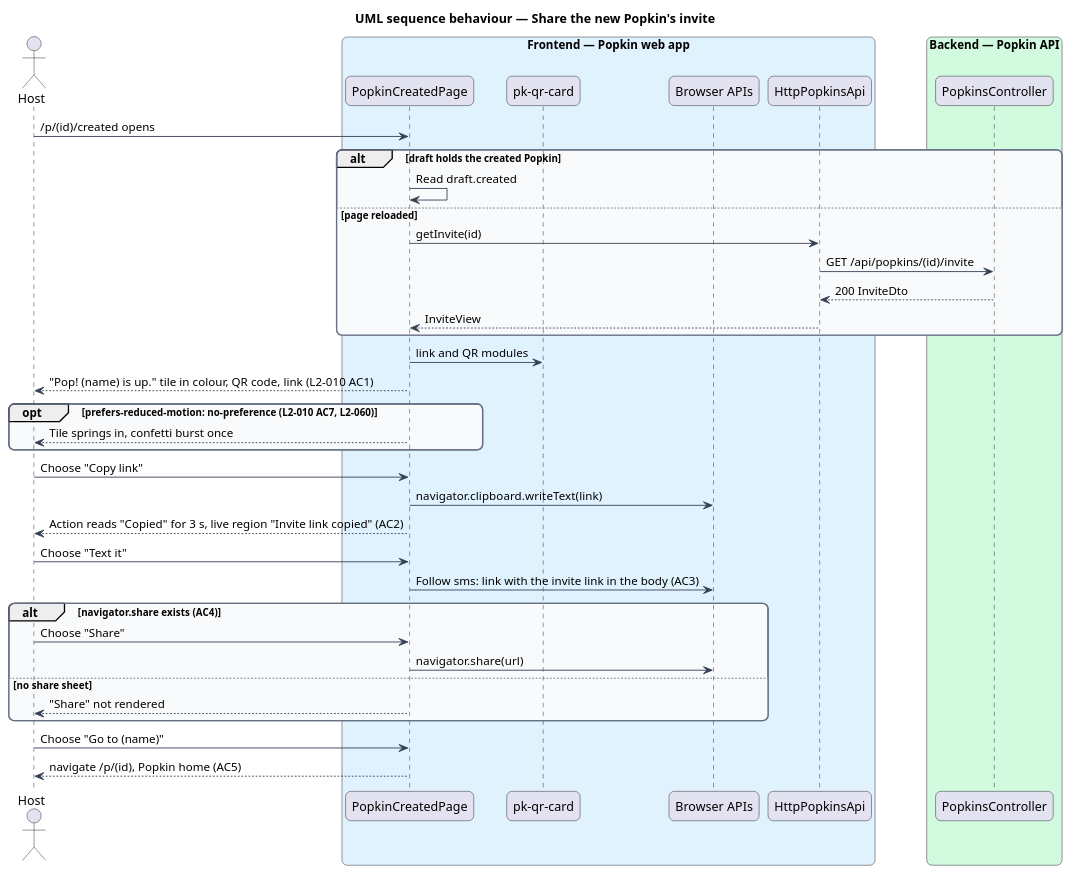
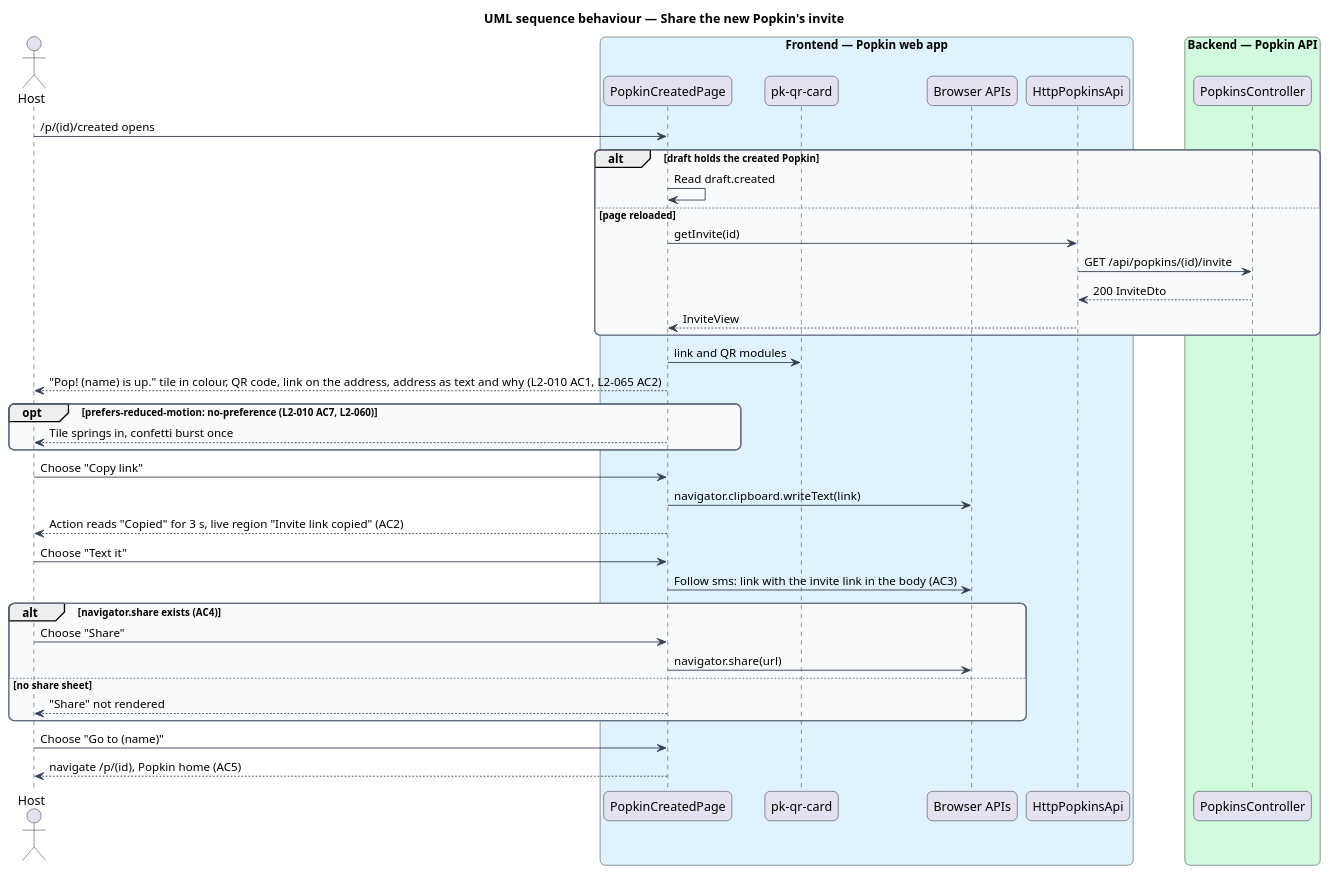
The diagram in docs/detailed-designs/popkins/start-popkin/diagrams/sequence-share-invite.puml (QuinntyneBrown/popkin), drawn with PlantUML before and after one commit. The commit also changed 71 other files, not shown here.

```diff
--- a/docs/detailed-designs/popkins/start-popkin/diagrams/sequence-share-invite.puml
+++ b/docs/detailed-designs/popkins/start-popkin/diagrams/sequence-share-invite.puml
@@ -1,54 +1,54 @@
 @startuml
 title UML sequence behaviour — Share the new Popkin's invite
 skinparam backgroundColor #FFFFFF
 skinparam shadowing false
 skinparam roundcorner 12
 skinparam defaultFontName Arial
 skinparam ArrowColor #344054
 skinparam rectangle {
   BorderColor #344054
   FontColor #101828
 }
 skinparam package {
   BorderColor #667085
   FontColor #101828
   BackgroundColor #F9FAFB
 }
 actor "Host" as actor
 box "Frontend — Popkin web app" #E0F2FE
   participant "PopkinCreatedPage" as page
   participant "pk-qr-card" as qr
   participant "Browser APIs" as browser
   participant "HttpPopkinsApi" as client
 end box
 box "Backend — Popkin API" #D1FADF
   participant "PopkinsController" as ctrl
 end box
 actor -> page : /p/(id)/created opens
 alt draft holds the created Popkin
   page -> page : Read draft.created
 else page reloaded
   page -> client : getInvite(id)
   client -> ctrl : GET /api/popkins/(id)/invite
   ctrl --> client : 200 InviteDto
   client --> page : InviteView
 end
 page -> qr : link and QR modules
-page --> actor : "Pop! (name) is up." tile in colour, QR code, link (L2-010 AC1)
+page --> actor : "Pop! (name) is up." tile in colour, QR code, link on the address, address as text and why (L2-010 AC1, L2-065 AC2)
 opt prefers-reduced-motion: no-preference (L2-010 AC7, L2-060)
   page --> actor : Tile springs in, confetti burst once
 end
 actor -> page : Choose "Copy link"
 page -> browser : navigator.clipboard.writeText(link)
 page --> actor : Action reads "Copied" for 3 s, live region "Invite link copied" (AC2)
 actor -> page : Choose "Text it"
 page -> browser : Follow sms: link with the invite link in the body (AC3)
 alt navigator.share exists (AC4)
   actor -> page : Choose "Share"
   page -> browser : navigator.share(url)
 else no share sheet
   page --> actor : "Share" not rendered
 end
 actor -> page : Choose "Go to (name)"
 page --> actor : navigate /p/(id), Popkin home (AC5)
 @enduml
```
